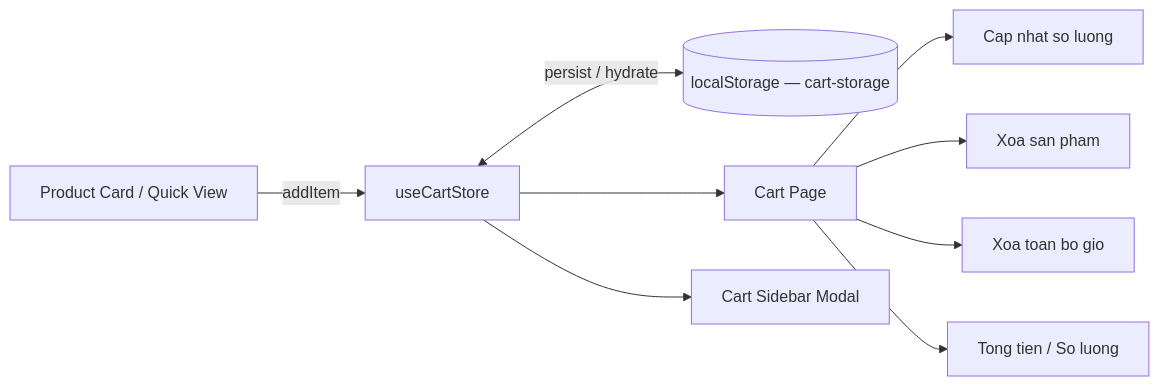
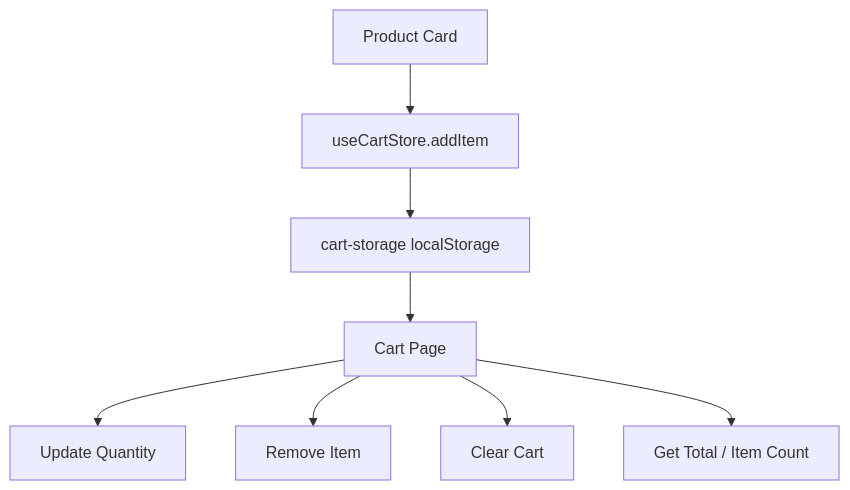
One commit to NguyenDinhDang/Docs-E-commerce changed the fourth of 9 diagrams in 07-so-do-mermaid.md. Above: the diagram before and after it, drawn with Mermaid. The commit also changed other lines of this file and 4 other files, not shown here.

````diff
--- a/07-so-do-mermaid.md
+++ b/07-so-do-mermaid.md
@@ -88,15 +49,10 @@
 ```mermaid
-flowchart LR
-    PC[Product Card / Quick View]
-
-    PC -->|addItem| CS[useCartStore]
-    CS <-->|persist / hydrate| LS[(localStorage — cart-storage)]
-
-    CS --> CP[Cart Page]
-    CS --> Modal[Cart Sidebar Modal]
-
-    CP --> UQ[Cap nhat so luong]
-    CP --> RM[Xoa san pham]
-    CP --> CC[Xoa toan bo gio]
-    CP --> Summary[Tong tien / So luong]
+flowchart TD
+  A[Product Card] --> B[useCartStore.addItem]
+  B --> C[cart-storage localStorage]
+  C --> D[Cart Page]
+  D --> E[Update Quantity]
+  D --> F[Remove Item]
+  D --> G[Clear Cart]
+  D --> H[Get Total / Item Count]
 ```
````
